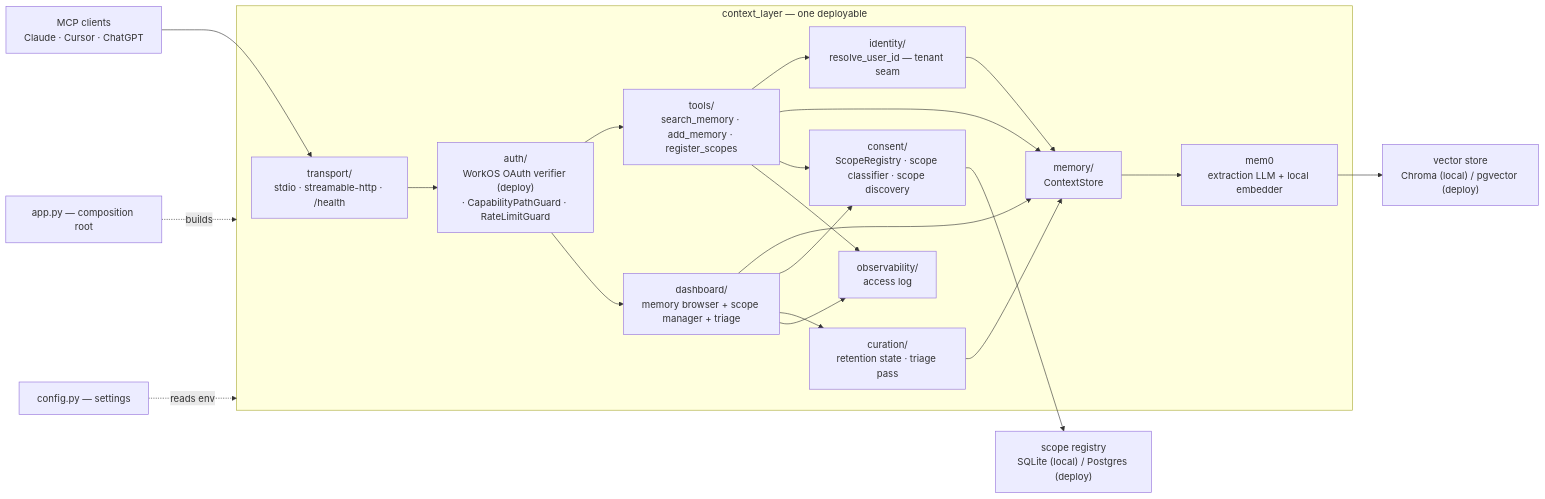
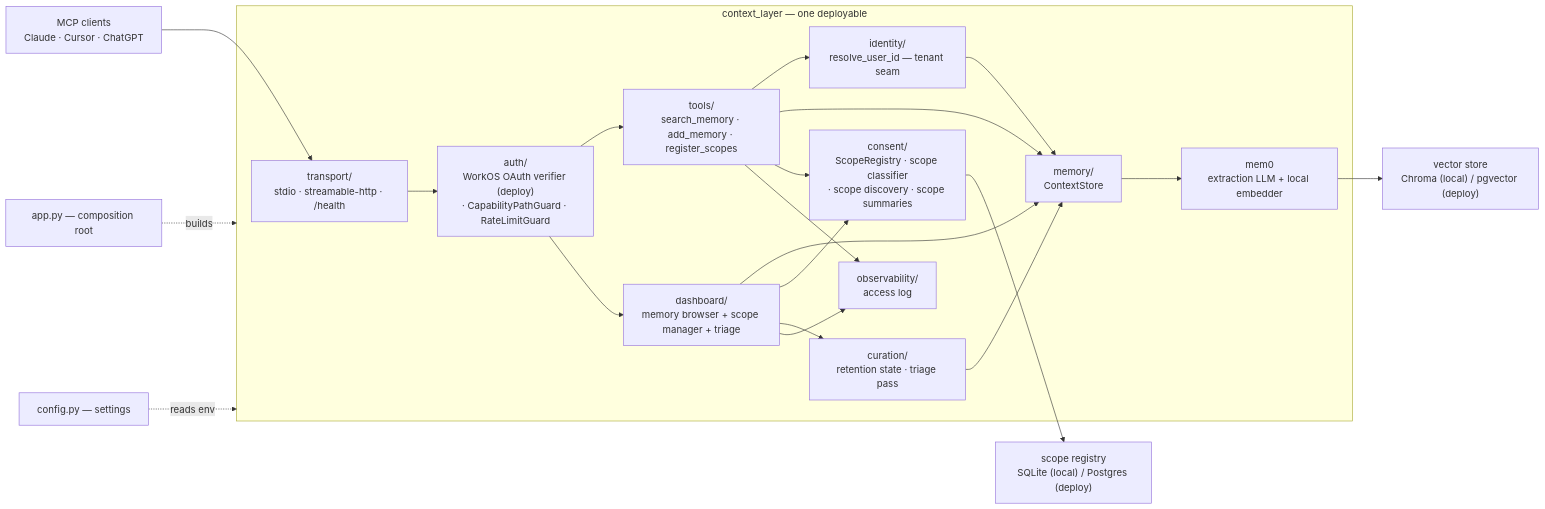
One commit to wanyuenmei/personal_mem changed the diagram in ARCHITECTURE.md. Above: the diagram before and after it, drawn with Mermaid. The commit also changed other lines of this file and 7 other files, not shown here.

First line of the commit message:
VC-84: browse memories as a mind map grouped by consent scope (#51)

````diff
--- a/ARCHITECTURE.md
+++ b/ARCHITECTURE.md
@@ -9,26 +9,26 @@
 ```mermaid
 flowchart LR
   clients["MCP clients<br/>Claude · Cursor · ChatGPT"] --> transport
 
   subgraph app["context_layer — one deployable"]
     transport["transport/<br/>stdio · streamable-http · /health"] --> guards
     guards["auth/<br/>WorkOS OAuth verifier (deploy)<br/>· CapabilityPathGuard · RateLimitGuard"] --> tools
     guards --> dash
     tools["tools/<br/>search_memory · add_memory · register_scopes"] --> identity
     tools --> store
-    tools --> consent["consent/<br/>ScopeRegistry · scope classifier · scope discovery"]
+    tools --> consent["consent/<br/>ScopeRegistry · scope classifier<br/>· scope discovery · scope summaries"]
     tools --> obs["observability/<br/>access log"]
     dash["dashboard/<br/>memory browser + scope manager + triage"] --> store
     dash --> consent
     dash --> curation["curation/<br/>retention state · triage pass"]
     dash --> obs
     curation --> store
     identity["identity/<br/>resolve_user_id — tenant seam"] --> store
     store["memory/<br/>ContextStore"] --> mem0["mem0<br/>extraction LLM + local embedder"]
   end
 
   mem0 --> vs["vector store<br/>Chroma (local) / pgvector (deploy)"]
   consent --> regdb["scope registry<br/>SQLite (local) / Postgres (deploy)"]
   app_py["app.py — composition root"] -.builds.-> app
   config["config.py — settings"] -.reads env.-> app
 ```
````
